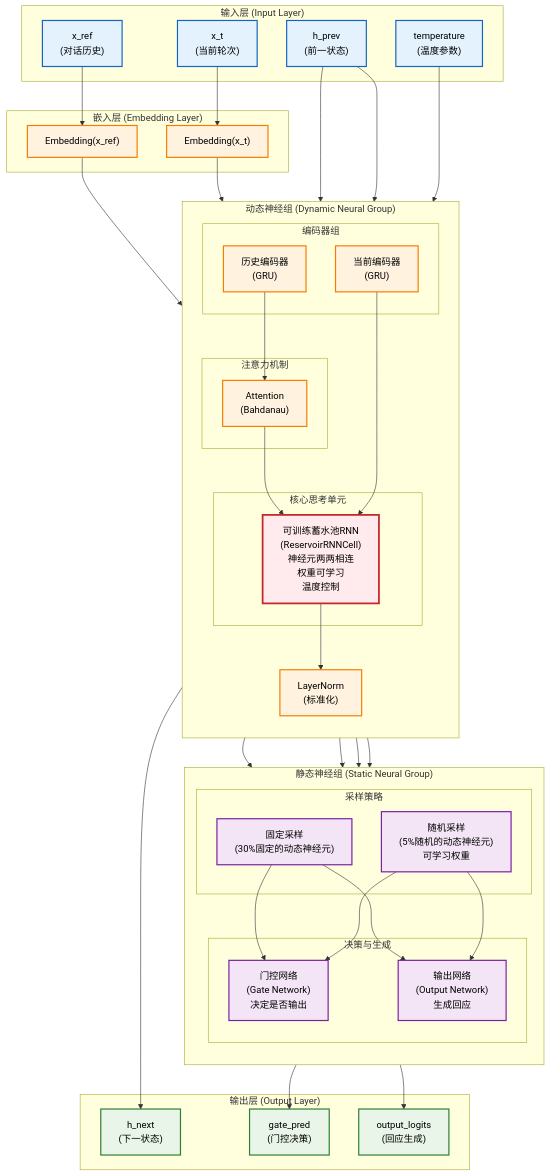
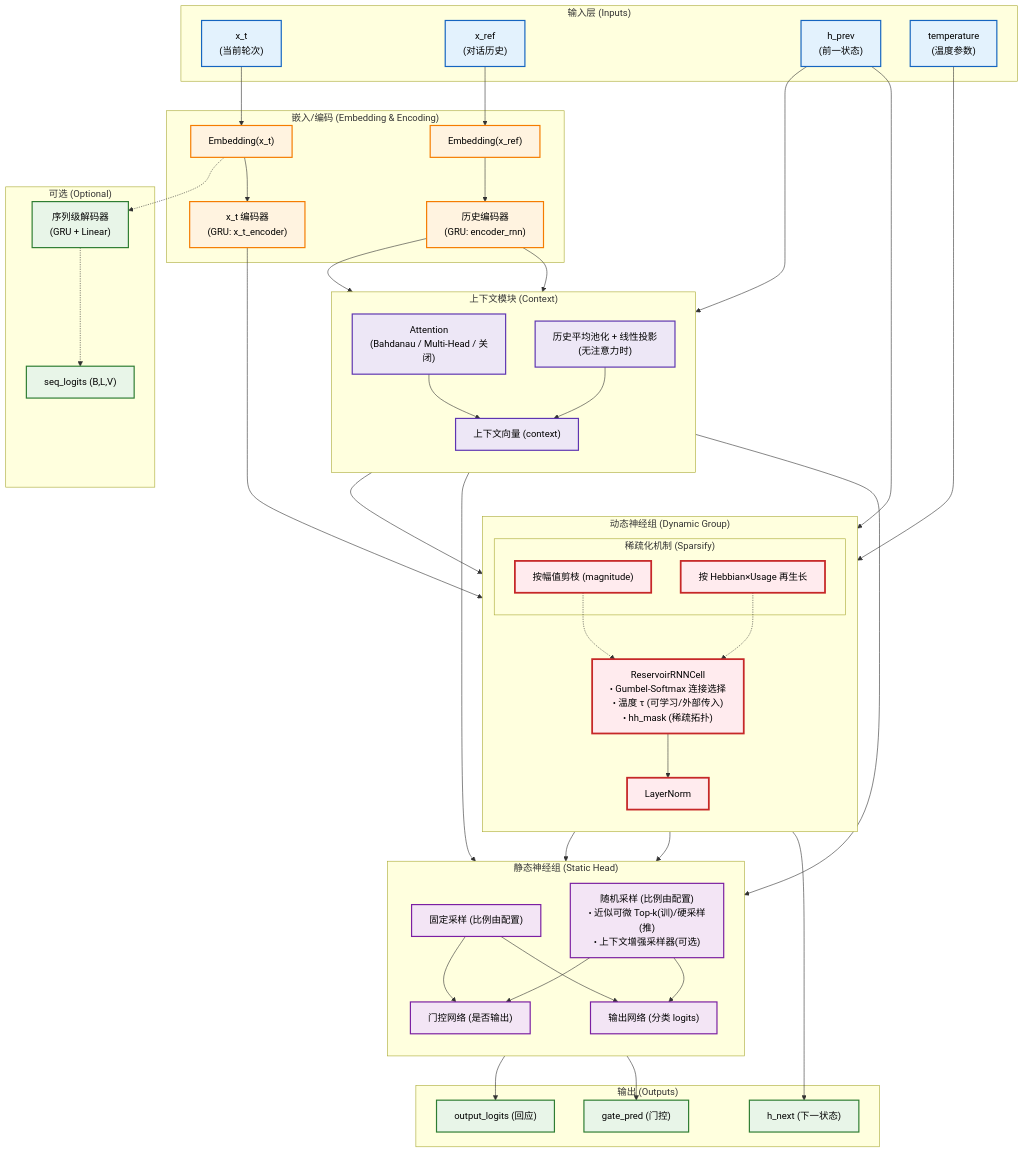
One commit to raw-poplar/HGD-MemNet changed the diagram in README.md. Above: the diagram before and after it, drawn with Mermaid. The commit also changed 1 other file, not shown here.

Commit message:
feat: 新的想法更新，readme更新

````diff
--- a/README.md
+++ b/README.md
@@ -16,100 +16,108 @@
 ```mermaid
 graph TB
     %% 输入层
-    subgraph "输入层 (Input Layer)"
+    subgraph "输入层 (Inputs)"
         xt["x_t<br/>(当前轮次)"]
         xref["x_ref<br/>(对话历史)"]
         hprev["h_prev<br/>(前一状态)"]
         temp["temperature<br/>(温度参数)"]
     end
 
-    %% 嵌入层
-    subgraph "嵌入层 (Embedding Layer)"
+    %% 嵌入与编码
+    subgraph "嵌入/编码 (Embedding & Encoding)"
         emb_xt["Embedding(x_t)"]
         emb_xref["Embedding(x_ref)"]
+        gru_xt["x_t 编码器<br/>(GRU: x_t_encoder)"]
+        gru_ref["历史编码器<br/>(GRU: encoder_rnn)"]
     end
 
-    %% 动态神经组
-    subgraph "动态神经组 (Dynamic Neural Group)"
+    %% 上下文构建（可配置）
+    subgraph "上下文模块 (Context)"
         direction TB
-        subgraph "编码器组"
-            gru_ref["历史编码器<br/>(GRU)"]
-            gru_xt["当前编码器<br/>(GRU)"]
-        end
-
-        subgraph "注意力机制"
-            attn["Attention<br/>(Bahdanau)"]
-        end
-
-        subgraph "核心思考单元"
-            reservoir["可训练蓄水池RNN<br/>(ReservoirRNNCell)<br/>神经元两两相连<br/>权重可学习<br/>温度控制"]
-        end
-
-        layernorm["LayerNorm<br/>(标准化)"]
+        attn["Attention<br/>(Bahdanau / Multi-Head / 关闭)"]
+        poolproj["历史平均池化 + 线性投影<br/>(无注意力时)"]
+        context["上下文向量 (context)"]
     end
 
-    %% 静态神经组
-    subgraph "静态神经组 (Static Neural Group)"
+    %% 核心思考单元 + 稀疏化
+    subgraph "动态神经组 (Dynamic Group)"
         direction TB
-        subgraph "采样策略"
-            fixed_sample["固定采样<br/>(30%固定的动态神经元)"]
-            random_sample["随机采样<br/>(5%随机的动态神经元)<br/>可学习权重"]
-        end
-
-        subgraph "决策与生成"
-            gate_net["门控网络<br/>(Gate Network)<br/>决定是否输出"]
-            output_net["输出网络<br/>(Output Network)<br/>生成回应"]
+        reservoir["ReservoirRNNCell<br/>• Gumbel-Softmax 连接选择<br/>• 温度 τ (可学习/外部传入)<br/>• hh_mask (稀疏拓扑)"]
+        layernorm["LayerNorm"]
+        subgraph "稀疏化机制 (Sparsify)"
+            prune["按幅值剪枝 (magnitude)"]
+            regrow["按 Hebbian×Usage 再生长"]
         end
     end
 
-    %% 输出层
-    subgraph "输出层 (Output Layer)"
-        h_next["h_next<br/>(下一状态)"]
-        gate_pred["gate_pred<br/>(门控决策)"]
-        response["output_logits<br/>(回应生成)"]
+    %% 静态神经组（采样 + 决策）
+    subgraph "静态神经组 (Static Head)"
+        direction TB
+        fixed_sample["固定采样 (比例由配置)"]
+        random_sample["随机采样 (比例由配置)\n• 近似可微 Top‑k(训)/硬采样(推)\n• 上下文增强采样器(可选)"]
+        gate_net["门控网络 (是否输出)"]
+        output_net["输出网络 (分类 logits)"]
     end
 
-    %% 连接关系
-    xt --> emb_xt
-    xref --> emb_xref
+    %% 可选：序列级解码
+    subgraph "可选 (Optional)"
+        seq_dec["序列级解码器<br/>(GRU + Linear)"]
+        seq_logits["seq_logits (B,L,V)"]
+    end
 
-    emb_xref --> gru_ref
-    emb_xt --> gru_xt
+    %% 输出层
+    subgraph "输出 (Outputs)"
+        h_next["h_next (下一状态)"]
+        gate_pred["gate_pred (门控)"]
+        response["output_logits (回应)"]
+    end
+
+    %% 流向
+    xt --> emb_xt --> gru_xt
+    xref --> emb_xref --> gru_ref
+
     hprev --> attn
     gru_ref --> attn
+    attn --> context
+    gru_ref --> poolproj --> context
 
-    attn --> reservoir
+    context --> reservoir
     gru_xt --> reservoir
     hprev --> reservoir
     temp --> reservoir
 
-    reservoir --> layernorm
+    prune -.-> reservoir
+    regrow -.-> reservoir
+
+    reservoir --> layernorm --> h_next
 
     layernorm --> fixed_sample
     layernorm --> random_sample
-    layernorm --> h_next
+    context --> fixed_sample
+    context --> random_sample
 
-    fixed_sample --> gate_net
+    fixed_sample --> gate_net --> gate_pred
     random_sample --> gate_net
-    attn --> gate_net
 
-    fixed_sample --> output_net
+    fixed_sample --> output_net --> response
     random_sample --> output_net
-    attn --> output_net
 
-    gate_net --> gate_pred
-    output_net --> response
+    %% 可选序列级 CE
+    emb_xt -.-> seq_dec -.-> seq_logits
 
-    %% 样式定义
+    %% 样式
     classDef inputStyle fill:#e3f2fd,stroke:#1565c0,stroke-width:2px,color:#000
-    classDef dynamicStyle fill:#fff3e0,stroke:#f57c00,stroke-width:2px,color:#000
+    classDef encStyle fill:#fff3e0,stroke:#f57c00,stroke-width:2px,color:#000
+    classDef contextStyle fill:#ede7f6,stroke:#5e35b1,stroke-width:2px,color:#000
+    classDef coreStyle fill:#ffebee,stroke:#c62828,stroke-width:3px,color:#000
     classDef staticStyle fill:#f3e5f5,stroke:#7b1fa2,stroke-width:2px,color:#000
     classDef outputStyle fill:#e8f5e8,stroke:#2e7d32,stroke-width:2px,color:#000
-    classDef coreStyle fill:#ffebee,stroke:#c62828,stroke-width:3px,color:#000
 
     class xt,xref,hprev,temp inputStyle
-    class emb_xt,emb_xref,gru_ref,gru_xt,attn,layernorm dynamicStyle
-    class reservoir coreStyle
+    class emb_xt,emb_xref,gru_xt,gru_ref encStyle
+    class attn,poolproj,context contextStyle
+    class reservoir,layernorm coreStyle
+    class prune,regrow coreStyle
     class fixed_sample,random_sample,gate_net,output_net staticStyle
-    class h_next,gate_pred,response outputStyle
+    class h_next,gate_pred,response,seq_dec,seq_logits outputStyle
 ```
````
